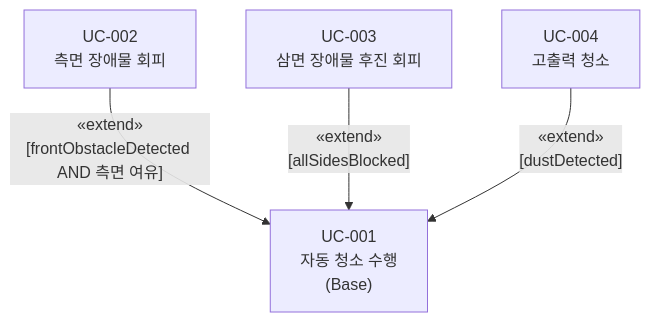
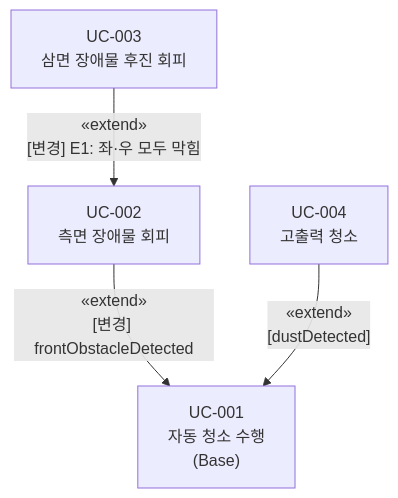
Before and after one commit to Jae-ah/RVC-CONTROLLER: the second of 2 diagrams in arch/usecases/usecases.md, drawn with Mermaid. The commit also changed other lines of this file and 32 other files, not shown here.

````diff
--- a/arch/usecases/usecases.md
+++ b/arch/usecases/usecases.md
@@ -72,11 +75,12 @@
 ```mermaid
 graph TD
     UC001["UC-001<br/>자동 청소 수행<br/>(Base)"]
     UC002["UC-002<br/>측면 장애물 회피"]
     UC003["UC-003<br/>삼면 장애물 후진 회피"]
     UC004["UC-004<br/>고출력 청소"]
 
-    UC002 -- "«extend»<br/>[frontObstacleDetected AND 측면 여유]" --> UC001
-    UC003 -- "«extend»<br/>[allSidesBlocked]" --> UC001
+    UC002 -- "«extend»<br/>[변경] frontObstacleDetected" --> UC001
+    UC003 -- "«extend»<br/>[변경] E1: 좌·우 모두 막힘" --> UC002
     UC004 -- "«extend»<br/>[dustDetected]" --> UC001
+    %% [삭제] UC003 -- «extend» [...] --> UC001
 ```
````
